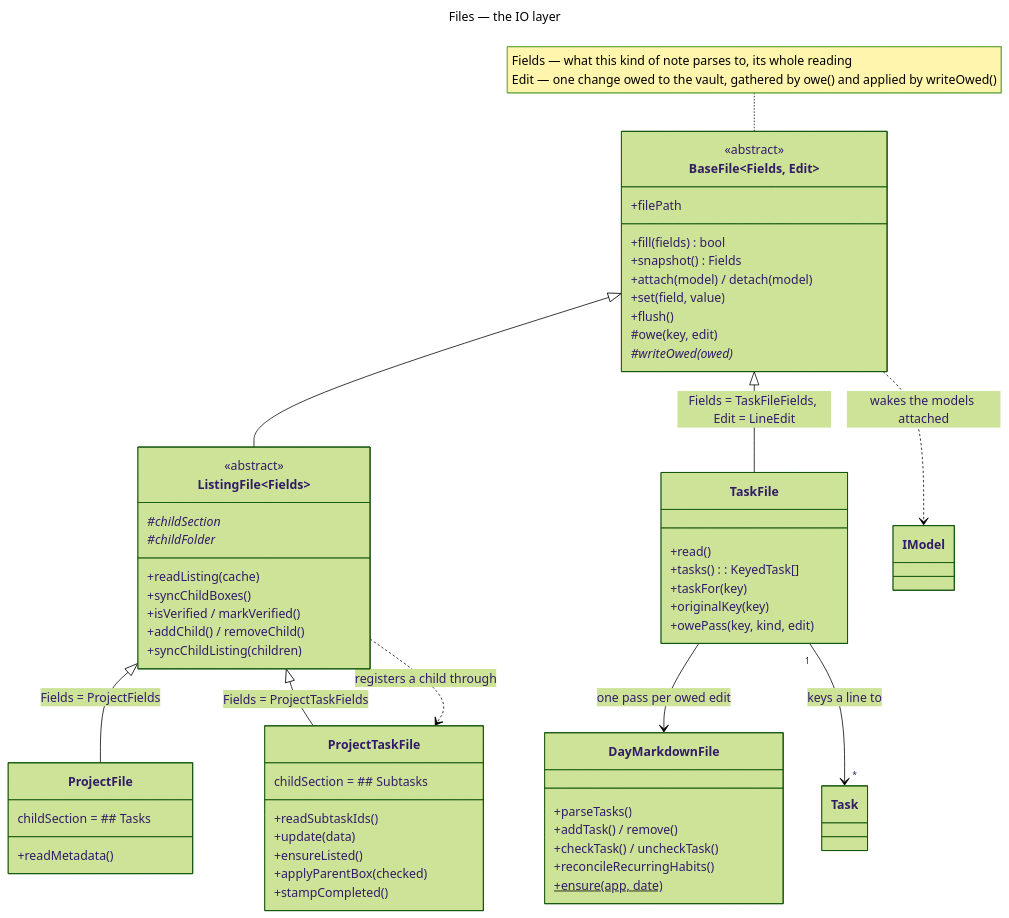
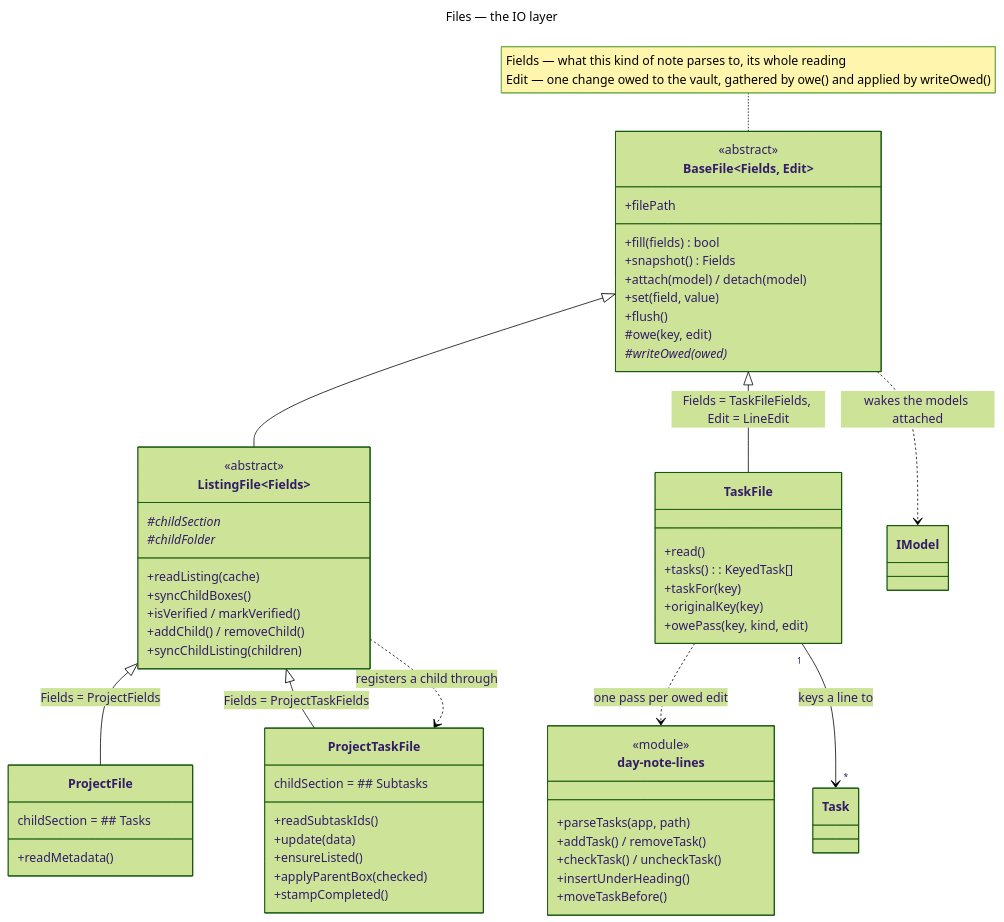
Before and after one commit to Laurent-Ferier/pm-compass: the diagram in docs/technical/diagrams/files.mmd, drawn with Mermaid (forest theme). The commit also changed 41 other files, not shown here.

First line of the commit message:
refactor: dissolve DayMarkdownFile into operations over a day note

```diff
--- a/docs/technical/diagrams/files.mmd
+++ b/docs/technical/diagrams/files.mmd
@@ -1,70 +1,71 @@
 ---
 title: Files — the IO layer
 ---
 classDiagram
   direction TB
 
   class BaseFile~Fields, Edit~ {
     <<abstract>>
     +filePath
     +fill(fields) bool
     +snapshot() Fields
     +attach(model) / detach(model)
     +set(field, value)
     +flush()
     #owe(key, edit)
     #writeOwed(owed)*
   }
 
   class ListingFile~Fields~ {
     <<abstract>>
     +readListing(cache)
     +syncChildBoxes()
     +isVerified / markVerified()
     +addChild() / removeChild()
     +syncChildListing(children)
     #childSection*
     #childFolder*
   }
 
   class ProjectFile {
     +readMetadata()
     childSection = ## Tasks
   }
 
   class ProjectTaskFile {
     +readSubtaskIds()
     +update(data)
     +ensureListed()
     +applyParentBox(checked)
     +stampCompleted()
     childSection = ## Subtasks
   }
 
   class TaskFile {
     +read()
     +tasks(): KeyedTask[]
     +taskFor(key)
     +originalKey(key)
     +owePass(key, kind, edit)
   }
 
-  class DayMarkdownFile {
-    +parseTasks()
-    +addTask() / remove()
+  class dayNoteLines["day-note-lines"] {
+    <<module>>
+    +parseTasks(app, path)
+    +addTask() / removeTask()
     +checkTask() / uncheckTask()
-    +reconcileRecurringHabits()
-    +ensure(app, date)$
+    +insertUnderHeading()
+    +moveTaskBefore()
   }
 
   note for BaseFile "Fields — what this kind of note parses to, its whole reading<br/>Edit — one change owed to the vault, gathered by owe() and applied by writeOwed()"
 
   BaseFile <|-- ListingFile
   BaseFile <|-- TaskFile : Fields = TaskFileFields, Edit = LineEdit
   ListingFile <|-- ProjectFile : Fields = ProjectFields
   ListingFile <|-- ProjectTaskFile : Fields = ProjectTaskFields
 
   BaseFile ..> IModel : wakes the models attached
   ListingFile ..> ProjectTaskFile : registers a child through
-  TaskFile --> DayMarkdownFile : one pass per owed edit
+  TaskFile ..> dayNoteLines : one pass per owed edit
   TaskFile "1" --> "*" Task : keys a line to
```
